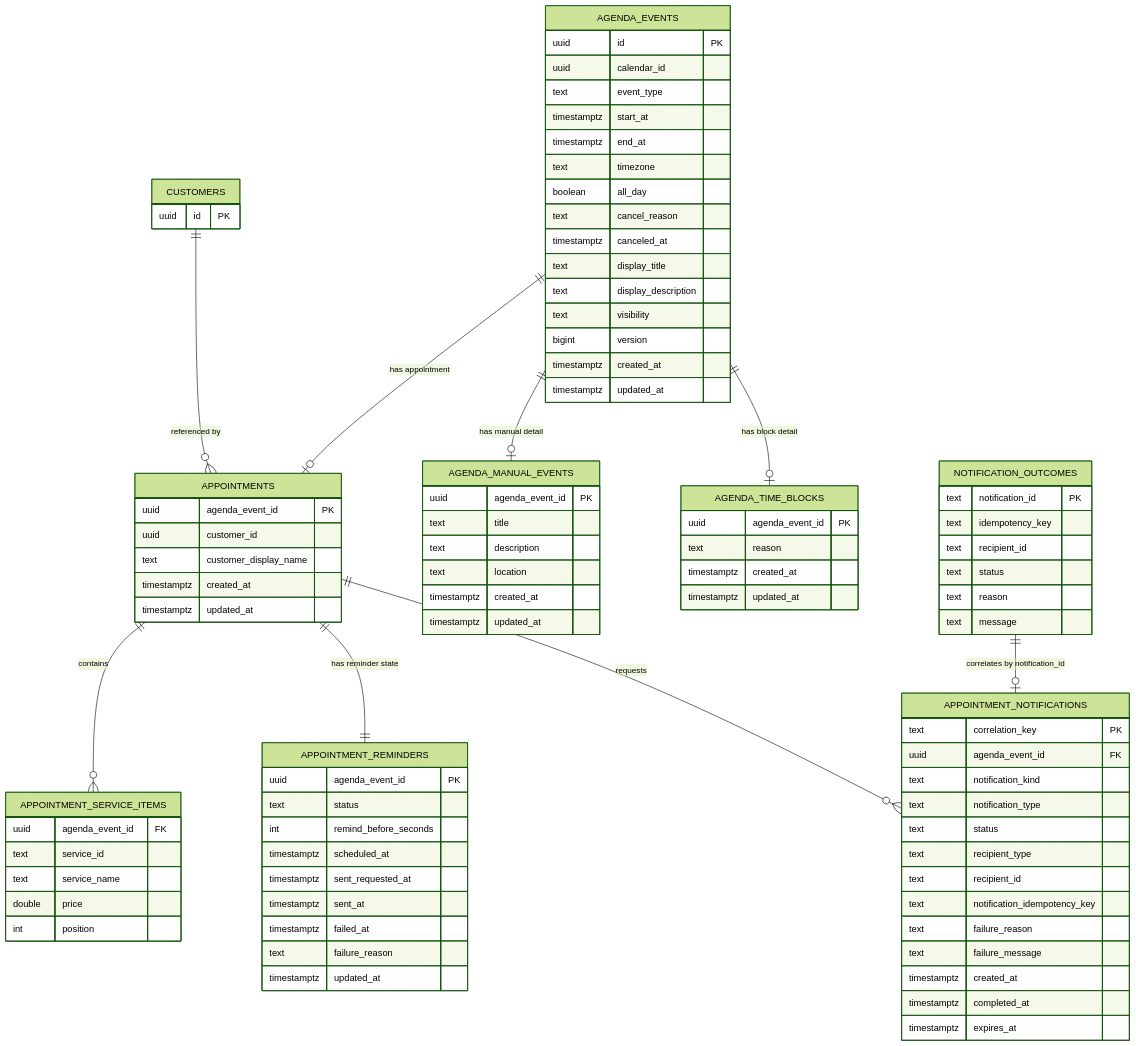
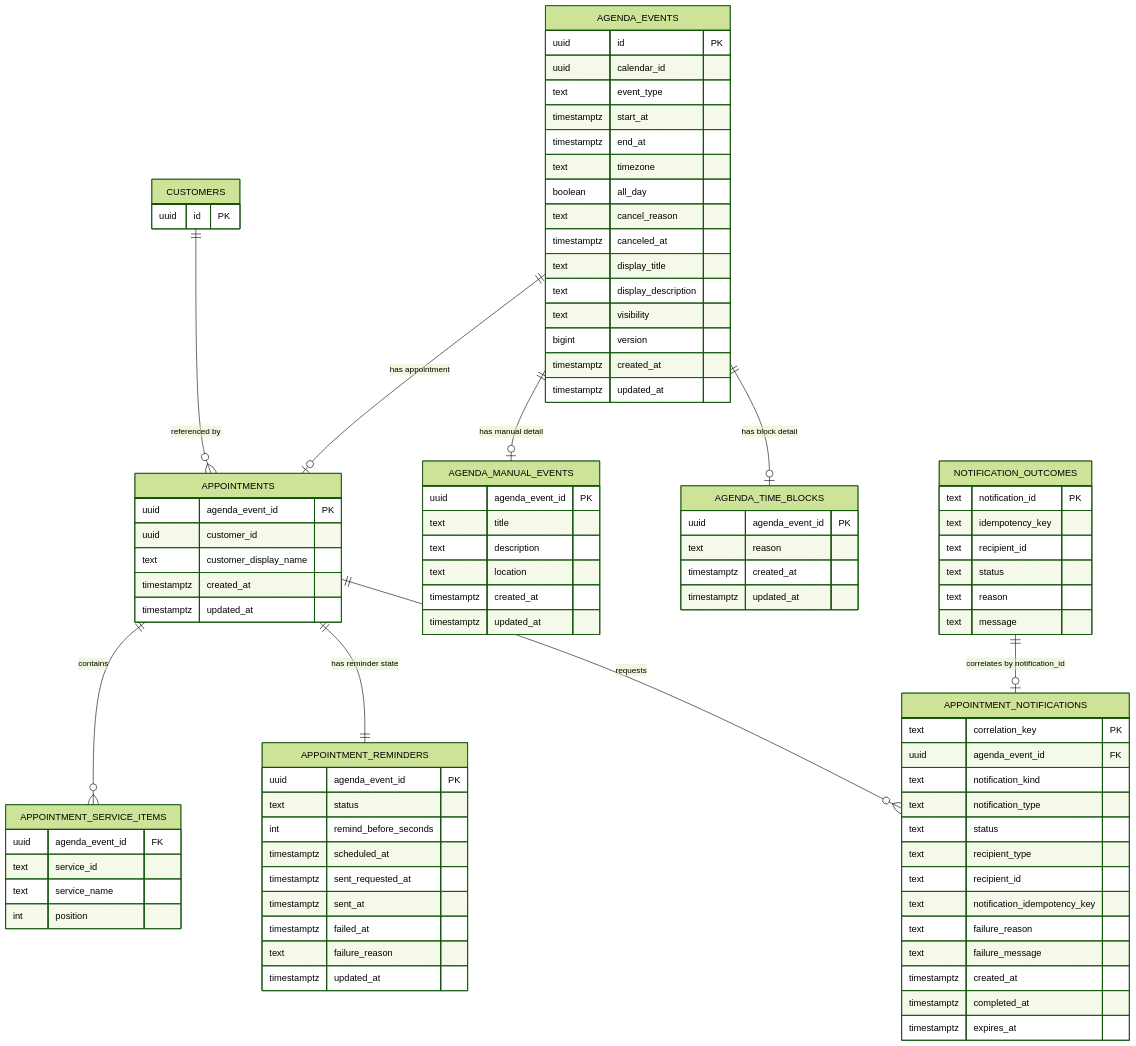
Before and after one commit to beaesthetic/beaesthetic-backend: the first of 2 diagrams in appointment/docs/appointment-redesign.md, drawn with Mermaid (forest theme). The commit also changed other lines of this file and 54 other files, not shown here.

```diff
--- a/appointment/docs/appointment-redesign.md
+++ b/appointment/docs/appointment-redesign.md
@@ -446,7 +444,6 @@
         uuid agenda_event_id FK
         text service_id
         text service_name
-        double price
         int position
     }
 
```
